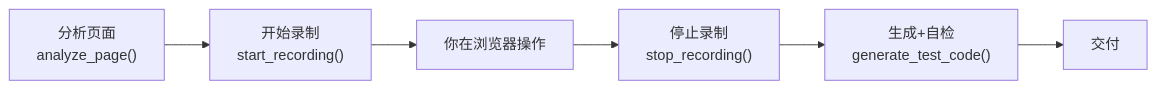
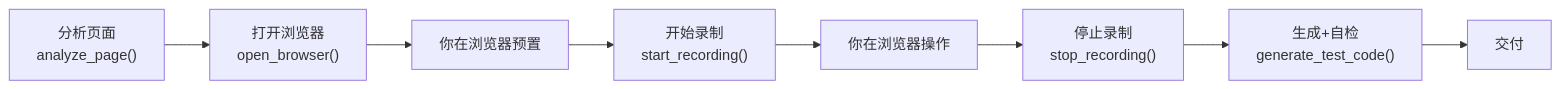
Before and after one commit to timgunnar/UIBridge: the second of 2 diagrams in docs/user-guide.md, drawn with Mermaid. The commit also changed other lines of this file and 16 other files, not shown here.

````diff
--- a/docs/user-guide.md
+++ b/docs/user-guide.md
@@ -84,8 +84,10 @@
 ```mermaid
 flowchart LR
-    A["分析页面<br/>analyze_page()"] --> B["开始录制<br/>start_recording()"]
-    B --> C["你在浏览器操作"]
-    C --> D["停止录制<br/>stop_recording()"]
-    D --> E["生成+自检<br/>generate_test_code()"]
-    E --> F["交付"]
+    A["分析页面<br/>analyze_page()"] --> B["打开浏览器<br/>open_browser()"]
+    B --> C["你在浏览器预置"]
+    C --> D["开始录制<br/>start_recording()"]
+    D --> E["你在浏览器操作"]
+    E --> F["停止录制<br/>stop_recording()"]
+    F --> G["生成+自检<br/>generate_test_code()"]
+    G --> H["交付"]
 ```
````
